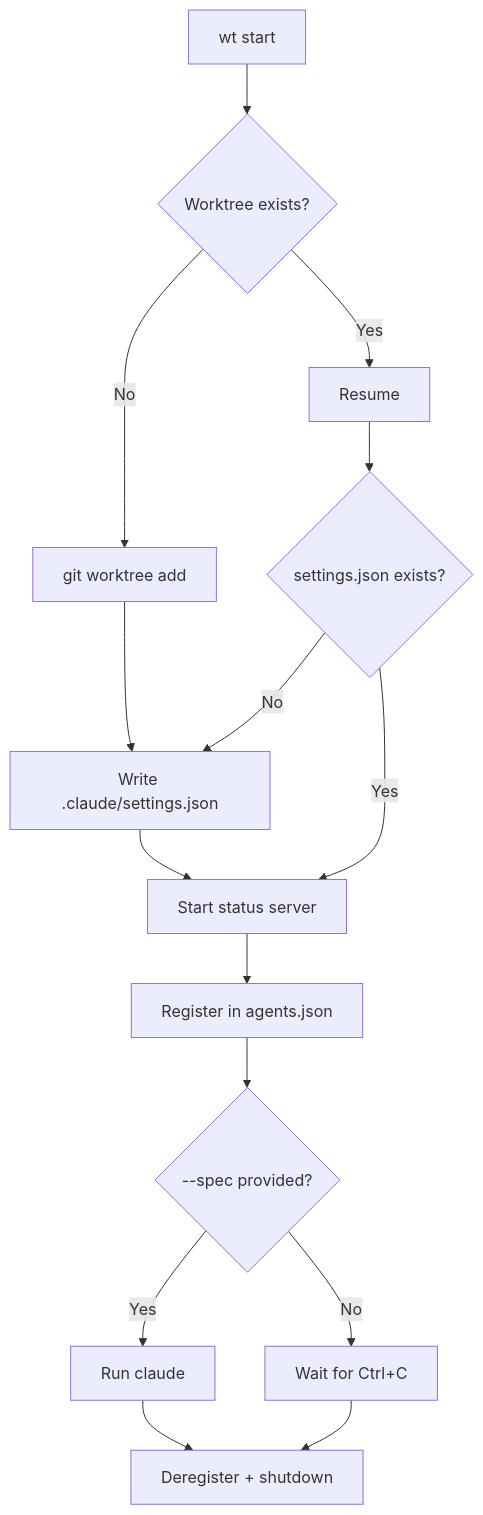
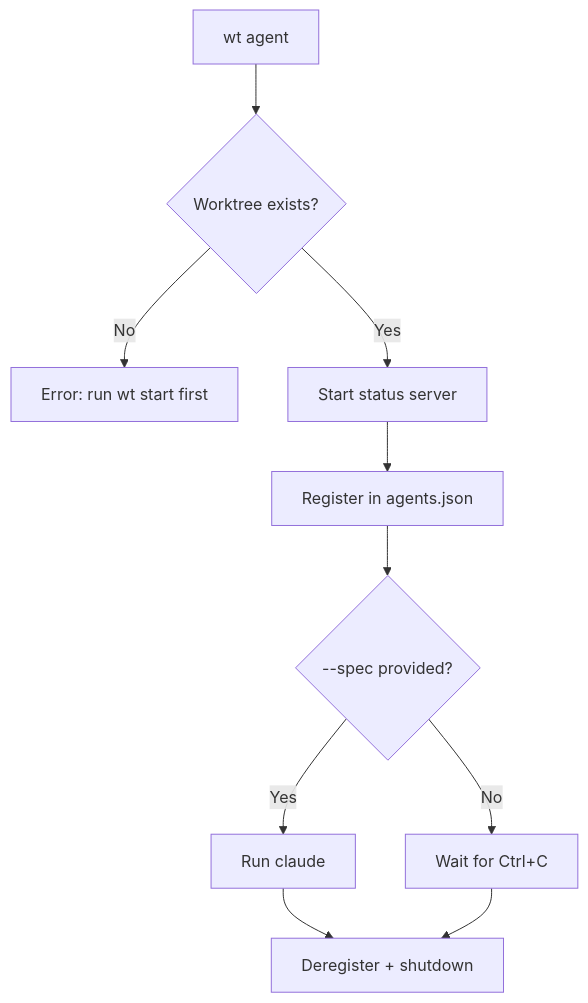
The second of 2 diagrams in docs/worktrees.md (drummonds/task_release), drawn with Mermaid before and after one commit. The commit also changed other lines of this file and 3 other files, not shown here.

First line of the commit message:
Add claude command and split wt start from wt agent

````diff
--- a/docs/worktrees.md
+++ b/docs/worktrees.md
@@ -24,17 +49,12 @@
 ```mermaid
 flowchart TD
-    A[wt start] --> B{Worktree exists?}
-    B -->|No| C[git worktree add]
-    B -->|Yes| D[Resume]
-    C --> E[Write .claude/settings.json]
-    D --> F{settings.json exists?}
-    F -->|No| E
-    F -->|Yes| G[Start status server]
-    E --> G
-    G --> H[Register in agents.json]
-    H --> I{--spec provided?}
-    I -->|Yes| J[Run claude]
-    I -->|No| K[Wait for Ctrl+C]
-    J --> L[Deregister + shutdown]
-    K --> L
+    A[wt agent] --> B{Worktree exists?}
+    B -->|No| Z[Error: run wt start first]
+    B -->|Yes| C[Start status server]
+    C --> D[Register in agents.json]
+    D --> E{--spec provided?}
+    E -->|Yes| F[Run claude]
+    E -->|No| G[Wait for Ctrl+C]
+    F --> H[Deregister + shutdown]
+    G --> H
 ```
````
